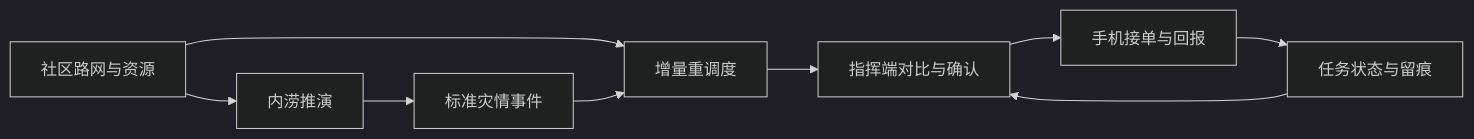
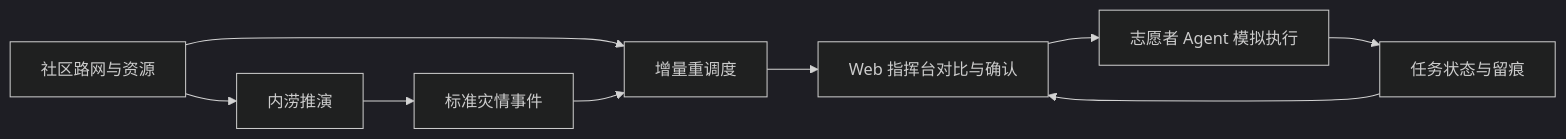
The diagram in docs/architecture.md (limi124/GeoRelay), drawn with Mermaid (dark theme) before and after one commit. The commit also changed other lines of this file and 6 other files, not shown here.

Commit message:
docs: define Web and agent scope and add GeoRelay branding

````diff
--- a/docs/architecture.md
+++ b/docs/architecture.md
@@ -5,11 +5,11 @@
 ```mermaid
 flowchart LR
     A["社区路网与资源"] --> B["内涝推演"]
     A --> D["增量重调度"]
     B --> C["标准灾情事件"]
     C --> D
-    D --> E["指挥端对比与确认"]
-    E --> F["手机接单与回报"]
+    D --> E["Web 指挥台对比与确认"]
+    E --> F["志愿者 Agent 模拟执行"]
     F --> G["任务状态与留痕"]
     G --> E
 ```
````
